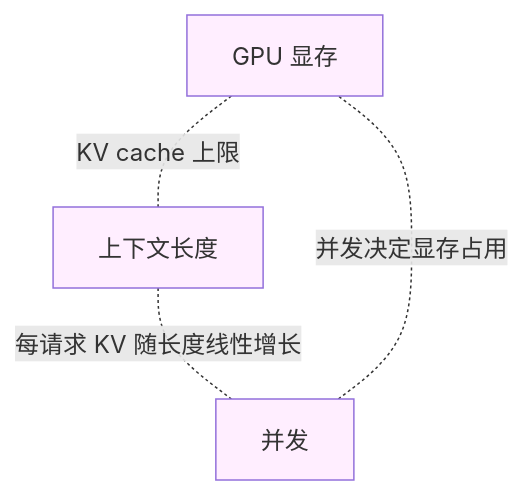
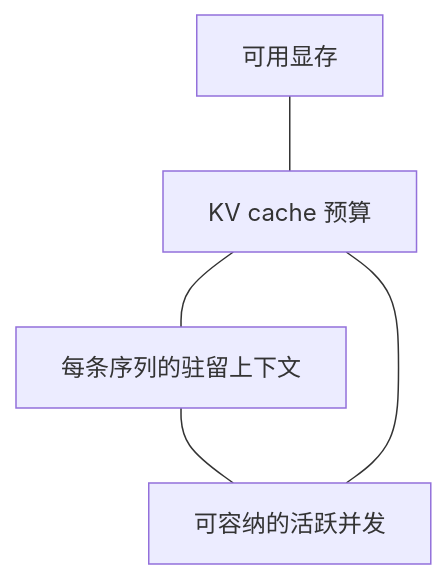
The diagram in 知识/05-AI推理服务的可靠性工程.md (oh-my-vibe-coding/ai-reliability-architecture), drawn with Mermaid before and after one commit. The commit also changed other lines of this file and 67 other files, not shown here.

````diff
--- a/知识/05-AI推理服务的可靠性工程.md
+++ b/知识/05-AI推理服务的可靠性工程.md
@@ -56,10 +78,7 @@
 ```mermaid
 flowchart TB
-    A[GPU 显存] -.KV cache 上限.- B[上下文长度]
-    B -.每请求 KV 随长度线性增长.- C[并发]
-    C -.并发决定显存占用.- A
-
-    style A fill:#fef
-    style B fill:#fef
-    style C fill:#fef
+    M[可用显存] --- K[KV cache 预算]
+    K --- L[每条序列的驻留上下文]
+    L --- C[可容纳的活跃并发]
+    C --- K
 ```
````
